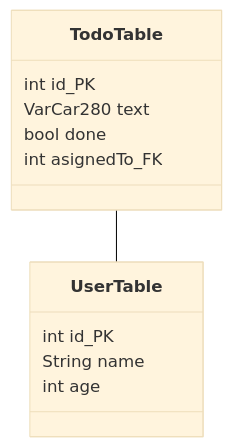
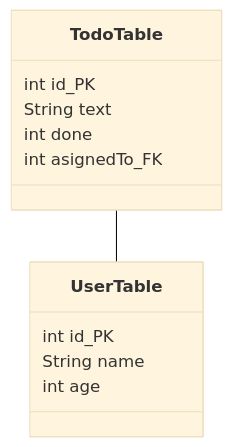
The diagram in DB tables.md (Campus-Molndal-JIN23/todolist-Bremmster), drawn with Mermaid (base theme) before and after one commit.

Commit message:
Update DB tables.md

````diff
--- a/DB tables.md
+++ b/DB tables.md
@@ -1,15 +1,15 @@
 ``` mermaid
 classDiagram
 TodoTable -- UserTable
 class TodoTable{
 int id_PK
-VarCar280 text
-bool done
+String text
+int done
 int asignedTo_FK
 }
 class UserTable{
 int id_PK
 String name
 int age
 }
 ```
````
